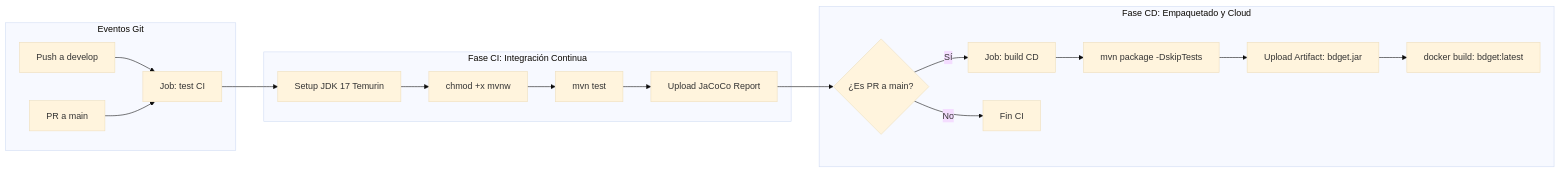
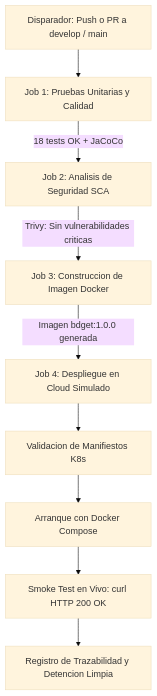
One commit to Miichellee1/DevOps-Wisdom- changed the diagram in README.md. Above: the diagram before and after it, drawn with Mermaid (base theme). The commit also changed other lines of this file and 7 other files, not shown here.

Commit message:
feat(eval2): implementa devsecops, escaneo trivy, dependabot, orquestacion k8s y docker-compose

````diff
--- a/README.md
+++ b/README.md
@@ -196,21 +148,11 @@
 ```mermaid
-graph LR
-    subgraph Eventos Git
-        A[Push a develop] --> C[Job: test CI]
-        B[PR a main] --> C
-    end
-    subgraph Fase CI: Integración Continua
-        C --> D[Setup JDK 17 Temurin]
-        D --> E[chmod +x mvnw]
-        E --> F[mvn test]
-        F --> G[Upload JaCoCo Report]
-    end
-    subgraph Fase CD: Empaquetado y Cloud
-        G --> H{¿Es PR a main?}
-        H -- Sí --> I[Job: build CD]
-        I --> J[mvn package -DskipTests]
-        J --> K[Upload Artifact: bdget.jar]
-        K --> L[docker build: bdget:latest]
-        H -- No --> M[Fin CI]
-    end
+graph TD
+    A[Disparador: Push o PR a develop / main] --> B[Job 1: Pruebas Unitarias y Calidad]
+    B -->|18 tests OK + JaCoCo| C[Job 2: Analisis de Seguridad SCA]
+    C -->|Trivy: Sin vulnerabilidades criticas| D[Job 3: Construccion de Imagen Docker]
+    D -->|Imagen bdget:1.0.0 generada| E[Job 4: Despliegue en Cloud Simulado]
+    E --> F[Validacion de Manifiestos K8s]
+    F --> G[Arranque con Docker Compose]
+    G --> H[Smoke Test en Vivo: curl HTTP 200 OK]
+    H --> I[Registro de Trazabilidad y Detencion Limpia]
 ```
````
